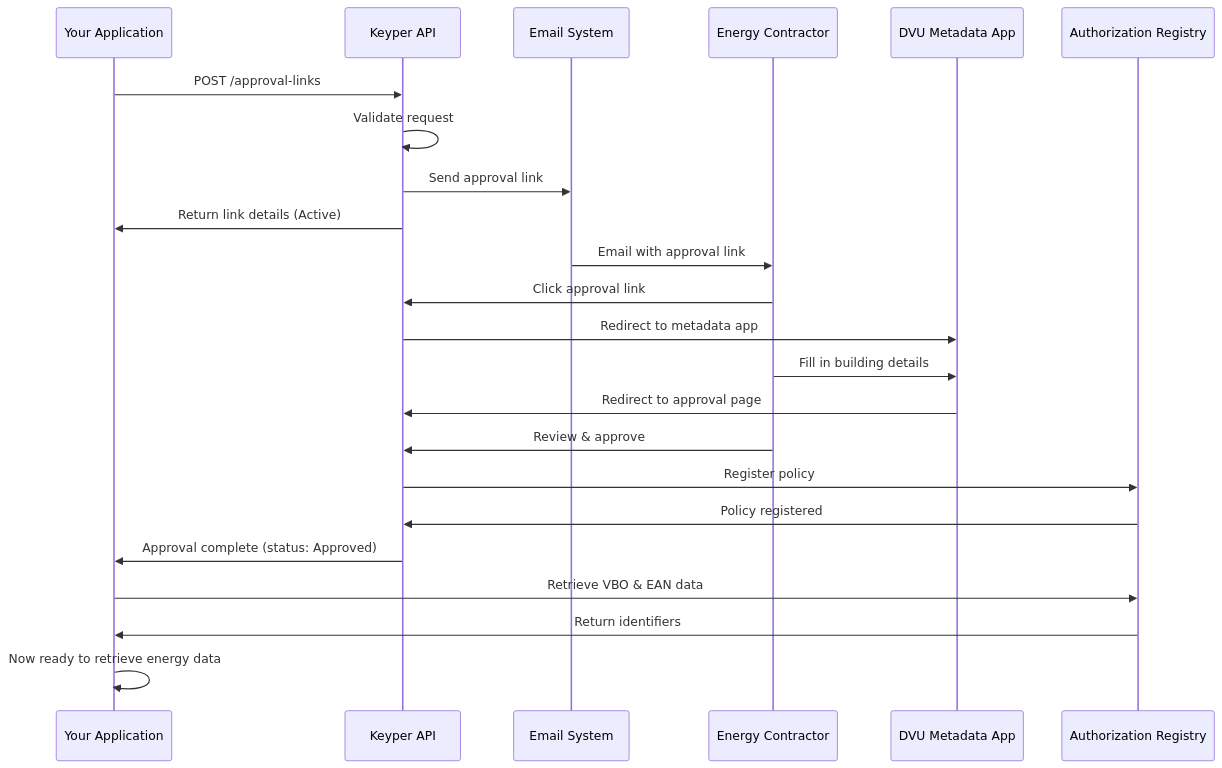
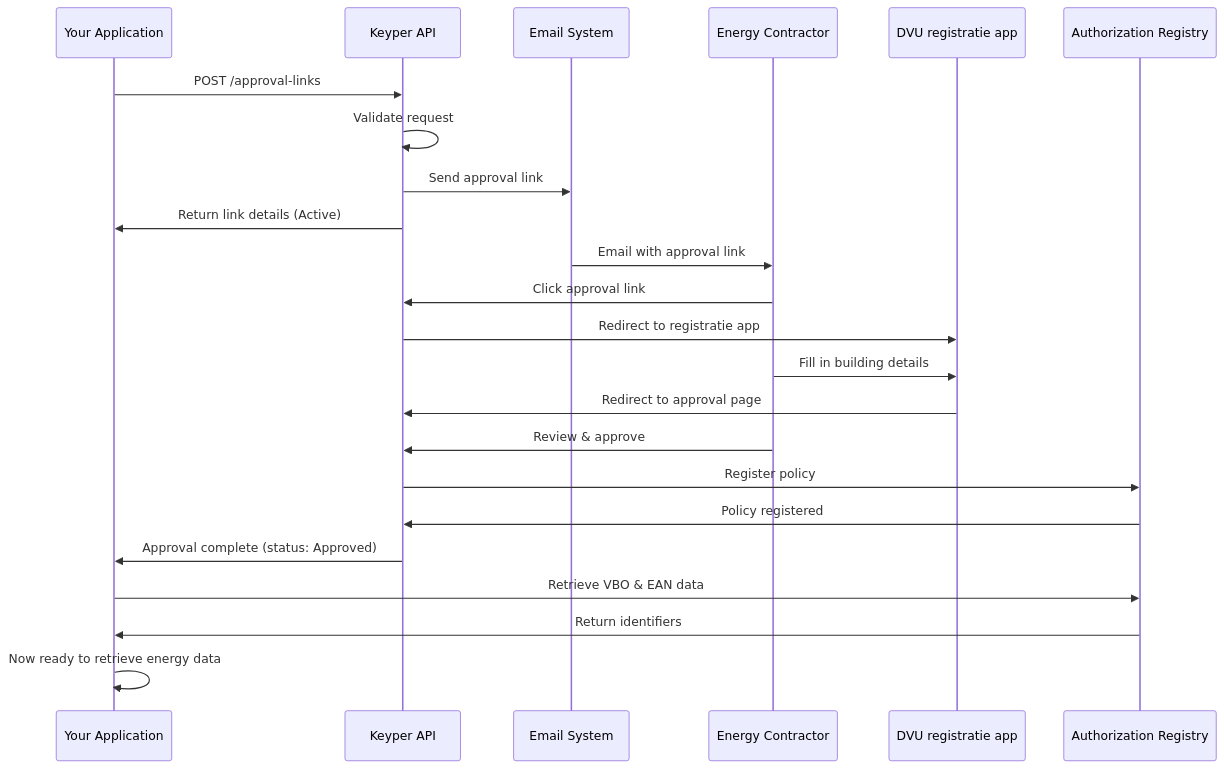
Before and after one commit to POORT8/Poort8.Docs: the diagram in dvu/getting-started.md, drawn with Mermaid. The commit also changed other lines of this file and 3 other files, not shown here.

````diff
--- a/dvu/getting-started.md
+++ b/dvu/getting-started.md
@@ -197,29 +197,29 @@
 ```mermaid
 sequenceDiagram
     participant You as Your Application
     participant Keyper as Keyper API
     participant Email as Email System
     participant EC as Energy Contractor
-    participant DVU as DVU Metadata App
+    participant DVU as DVU registratie app
     participant AR as Authorization Registry
 
     You->>Keyper: POST /approval-links
     Keyper->>Keyper: Validate request
     Keyper->>Email: Send approval link
     Keyper->>You: Return link details (Active)
     
     Email->>EC: Email with approval link
     EC->>Keyper: Click approval link
-    Keyper->>DVU: Redirect to metadata app
+    Keyper->>DVU: Redirect to registratie app
     EC->>DVU: Fill in building details
     DVU->>Keyper: Redirect to approval page
     EC->>Keyper: Review & approve
     
     Keyper->>AR: Register policy
     AR->>Keyper: Policy registered
     Keyper->>You: Approval complete (status: Approved)
     
     You->>AR: Retrieve VBO & EAN data
     AR->>You: Return identifiers
     You->>You: Now ready to retrieve energy data
 ```
````
